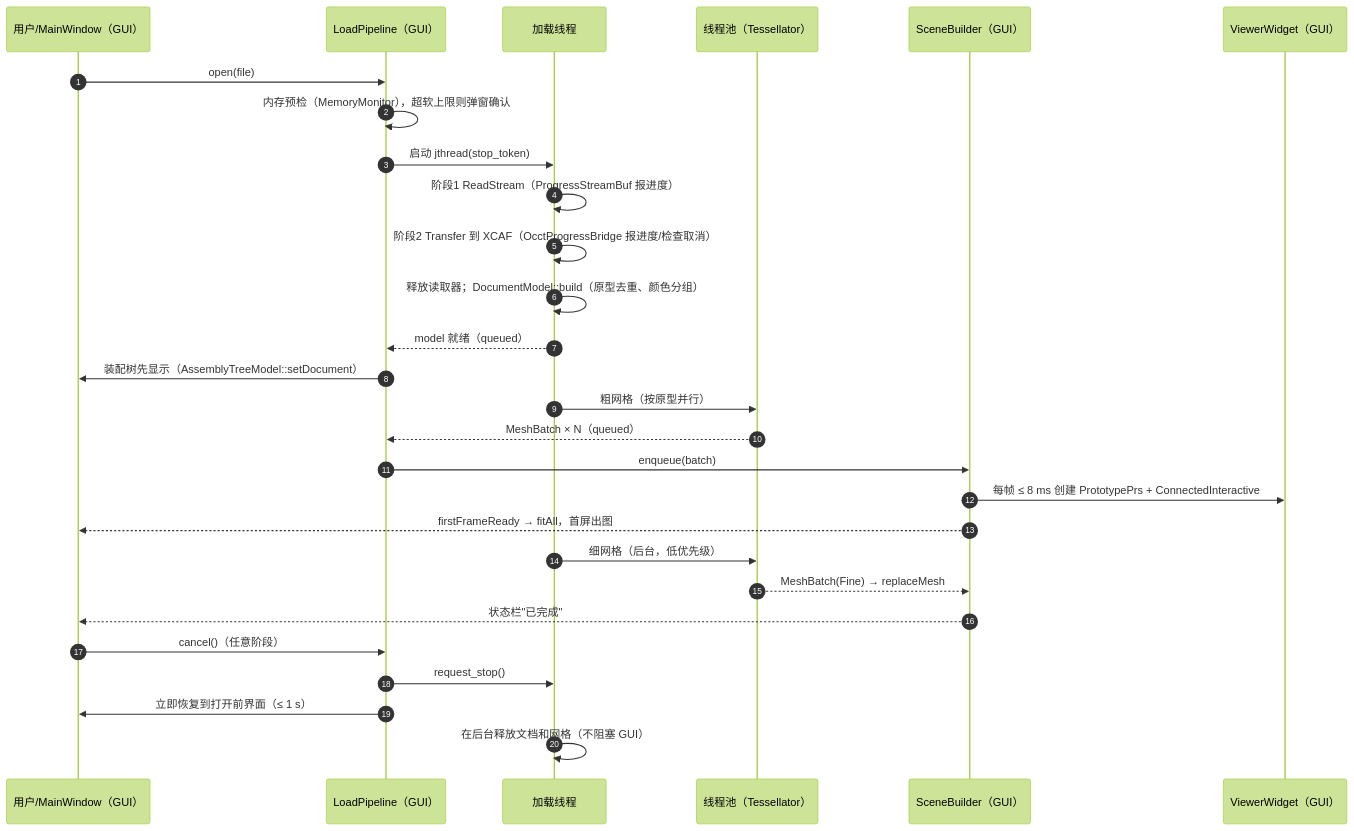
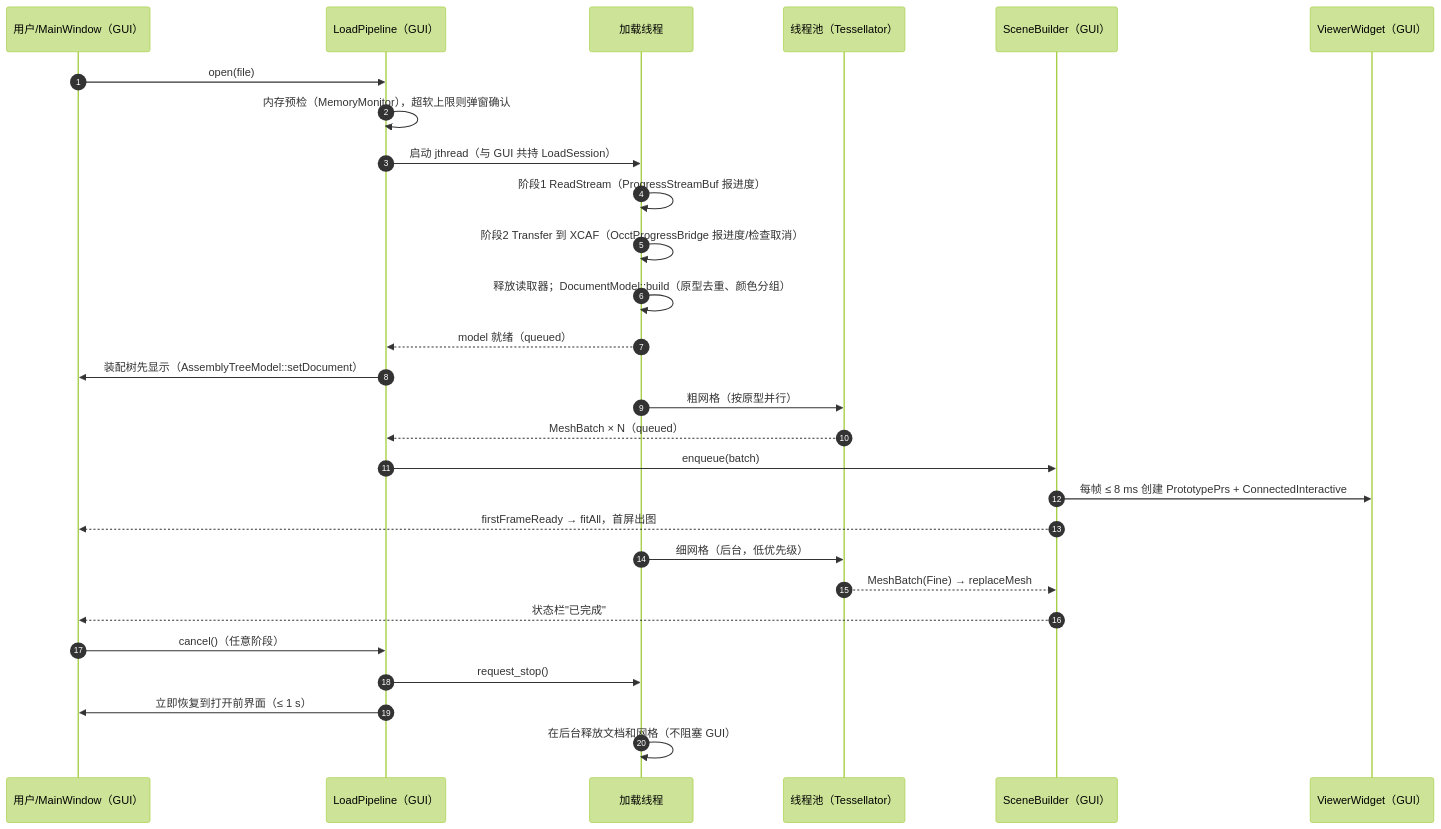
Before and after one commit to gdTang123/StepLens: the second of 4 diagrams in docs/design/step-viewer-architecture.md, drawn with Mermaid (forest theme). The commit also changed other lines of this file and 24 other files, not shown here.

````diff
--- a/docs/design/step-viewer-architecture.md
+++ b/docs/design/step-viewer-architecture.md
@@ -769,31 +883,31 @@
 ```mermaid
 sequenceDiagram
     autonumber
     participant U as 用户/MainWindow（GUI）
     participant P as LoadPipeline（GUI）
     participant L as 加载线程
     participant T as 线程池（Tessellator）
     participant S as SceneBuilder（GUI）
     participant V as ViewerWidget（GUI）
 
     U->>P: open(file)
     P->>P: 内存预检（MemoryMonitor），超软上限则弹窗确认
-    P->>L: 启动 jthread(stop_token)
+    P->>L: 启动 jthread（与 GUI 共持 LoadSession）
     L->>L: 阶段1 ReadStream（ProgressStreamBuf 报进度）
     L->>L: 阶段2 Transfer 到 XCAF（OcctProgressBridge 报进度/检查取消）
     L->>L: 释放读取器；DocumentModel::build（原型去重、颜色分组）
     L-->>P: model 就绪（queued）
     P->>U: 装配树先显示（AssemblyTreeModel::setDocument）
     L->>T: 粗网格（按原型并行）
     T-->>P: MeshBatch × N（queued）
     P->>S: enqueue(batch)
     S->>V: 每帧 ≤ 8 ms 创建 PrototypePrs + ConnectedInteractive
     S-->>U: firstFrameReady → fitAll，首屏出图
     L->>T: 细网格（后台，低优先级）
     T-->>S: MeshBatch(Fine) → replaceMesh
     S-->>U: 状态栏"已完成"
     U->>P: cancel()（任意阶段）
     P->>L: request_stop()
     P->>U: 立即恢复到打开前界面（≤ 1 s）
     L->>L: 在后台释放文档和网格（不阻塞 GUI）
 ```
````
